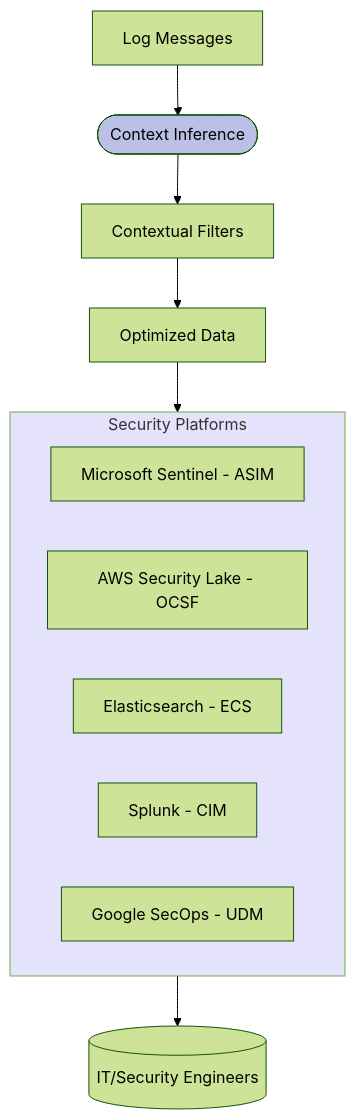
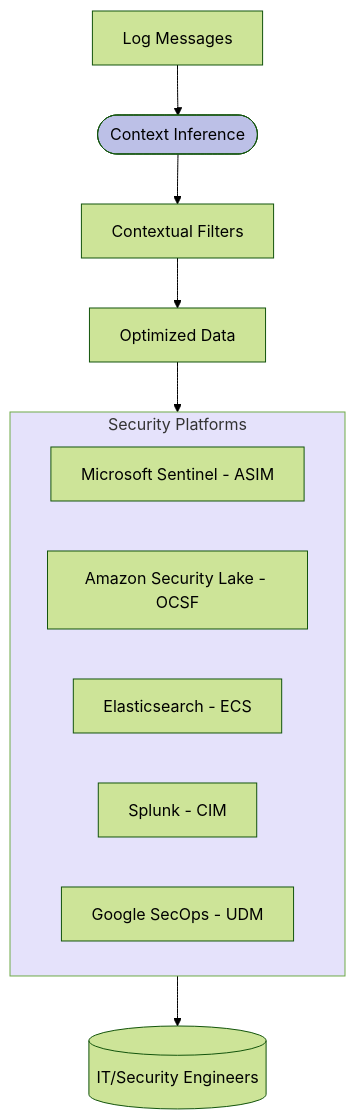
The eighth of 8 diagrams in docs/about/key-features.mdx (VirtualMetric/virtualmetric-docs), drawn with Mermaid (forest theme) before and after one commit. The commit also changed other lines of this file and 29 other files, not shown here.

Commit message:
All instances of AWS were replaced with Amazon

````diff
--- a/docs/about/key-features.mdx
+++ b/docs/about/key-features.mdx
@@ -302,25 +302,25 @@
 ```mermaid
 graph TD
     Log[Log Messages]
     
     Log --> Context([Context Inference])
     
     Context --> Filter[Contextual Filters]
     
     Filter --> OptData[Optimized Data]
     
     subgraph Platforms[Security Platforms]
         MS[Microsoft Sentinel - ASIM]
-        ASL[AWS Security Lake - OCSF]
+        ASL[Amazon Security Lake - OCSF]
         ES[Elasticsearch - ECS]
         SP[Splunk - CIM]
         UDM[Google SecOps - UDM]
     end
     
     OptData --> Platforms
     
     Platforms --> Engineers[(IT/Security Engineers)]
     
     style Context fill:#BCC0E7
     style Platforms fill:#E5E2FB
 ```
````
